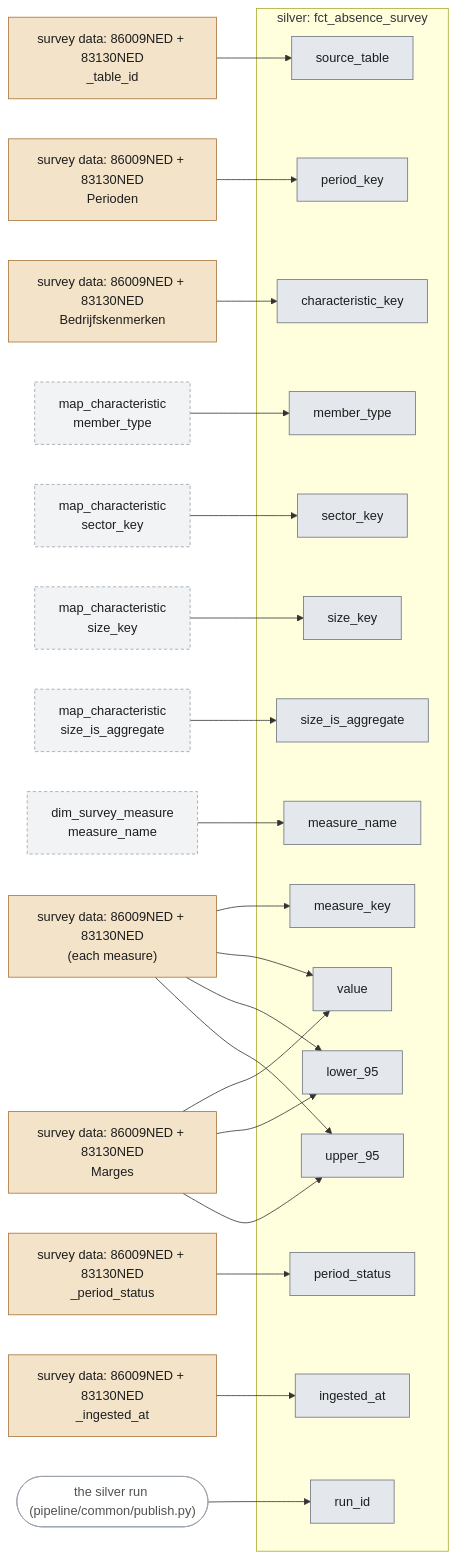
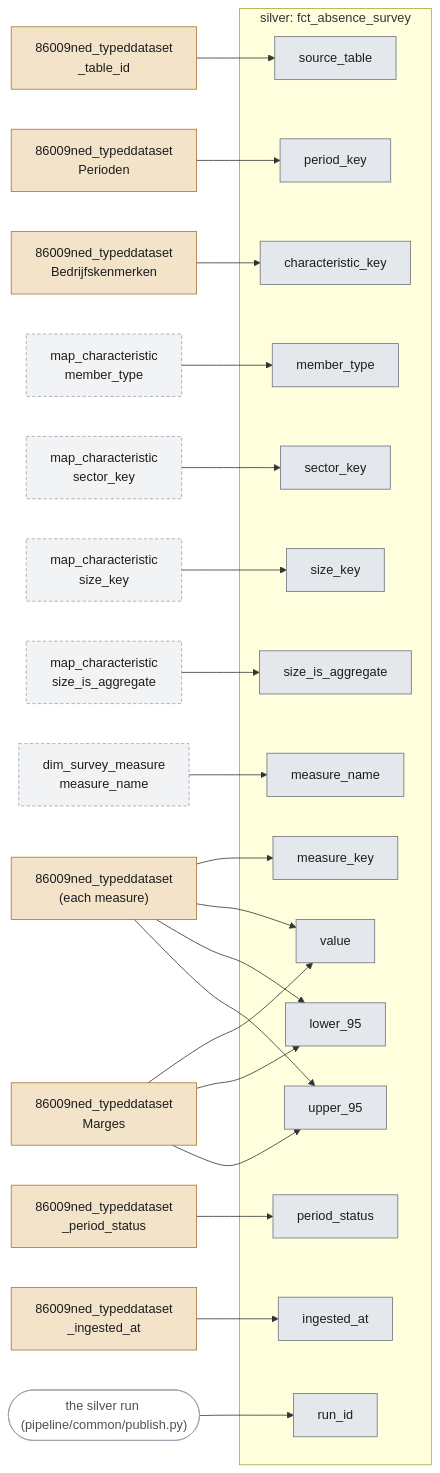
Before and after one commit to stefancodecommit/AOV_Lakehouse: the ninth of 18 diagrams in docs/lineage.md, drawn with Mermaid. The commit also changed other lines of this file and 20 other files, not shown here.

First line of the commit message:
Remove CBS 83130NED: the old absence survey reached no gold table

````diff
--- a/docs/lineage.md
+++ b/docs/lineage.md
@@ -493,56 +486,56 @@
 ```mermaid
 flowchart LR
-  n_src_83130ned_typeddataset_86009ned_typeddataset_Bedrijfskenmerken["survey data: 86009NED + 83130NED<br/>Bedrijfskenmerken"]:::bronze
-  n_src_83130ned_typeddataset_86009ned_typeddataset_Marges["survey data: 86009NED + 83130NED<br/>Marges"]:::bronze
-  n_src_83130ned_typeddataset_86009ned_typeddataset_Perioden["survey data: 86009NED + 83130NED<br/>Perioden"]:::bronze
-  n_src_83130ned_typeddataset_86009ned_typeddataset__ingested_at["survey data: 86009NED + 83130NED<br/>_ingested_at"]:::bronze
-  n_src_83130ned_typeddataset_86009ned_typeddataset__measure_["survey data: 86009NED + 83130NED<br/>(each measure)"]:::bronze
-  n_src_83130ned_typeddataset_86009ned_typeddataset__period_status["survey data: 86009NED + 83130NED<br/>_period_status"]:::bronze
-  n_src_83130ned_typeddataset_86009ned_typeddataset__table_id["survey data: 86009NED + 83130NED<br/>_table_id"]:::bronze
+  n_src_86009ned_typeddataset_Bedrijfskenmerken["86009ned_typeddataset<br/>Bedrijfskenmerken"]:::bronze
+  n_src_86009ned_typeddataset_Marges["86009ned_typeddataset<br/>Marges"]:::bronze
+  n_src_86009ned_typeddataset_Perioden["86009ned_typeddataset<br/>Perioden"]:::bronze
+  n_src_86009ned_typeddataset__ingested_at["86009ned_typeddataset<br/>_ingested_at"]:::bronze
+  n_src_86009ned_typeddataset__measure_["86009ned_typeddataset<br/>(each measure)"]:::bronze
+  n_src_86009ned_typeddataset__period_status["86009ned_typeddataset<br/>_period_status"]:::bronze
+  n_src_86009ned_typeddataset__table_id["86009ned_typeddataset<br/>_table_id"]:::bronze
   n_src_silver_dim_survey_measure_measure_name["dim_survey_measure<br/>measure_name"]:::silverref
   n_src_silver_map_characteristic_member_type["map_characteristic<br/>member_type"]:::silverref
   n_src_silver_map_characteristic_sector_key["map_characteristic<br/>sector_key"]:::silverref
   n_src_silver_map_characteristic_size_is_aggregate["map_characteristic<br/>size_is_aggregate"]:::silverref
   n_src_silver_map_characteristic_size_key["map_characteristic<br/>size_key"]:::silverref
   run(["the silver run (pipeline/common/publish.py)"]):::run
   subgraph n_tbl_fct_absence_survey["silver: fct_absence_survey"]
     n_col_source_table["source_table"]:::silver
     n_col_period_key["period_key"]:::silver
     n_col_characteristic_key["characteristic_key"]:::silver
     n_col_member_type["member_type"]:::silver
     n_col_sector_key["sector_key"]:::silver
     n_col_size_key["size_key"]:::silver
     n_col_size_is_aggregate["size_is_aggregate"]:::silver
     n_col_measure_key["measure_key"]:::silver
     n_col_measure_name["measure_name"]:::silver
     n_col_value["value"]:::silver
     n_col_lower_95["lower_95"]:::silver
     n_col_upper_95["upper_95"]:::silver
     n_col_period_status["period_status"]:::silver
     n_col_ingested_at["ingested_at"]:::silver
     n_col_run_id["run_id"]:::silver
   end
-  n_src_83130ned_typeddataset_86009ned_typeddataset__table_id --> n_col_source_table
-  n_src_83130ned_typeddataset_86009ned_typeddataset_Perioden --> n_col_period_key
-  n_src_83130ned_typeddataset_86009ned_typeddataset_Bedrijfskenmerken --> n_col_characteristic_key
+  n_src_86009ned_typeddataset__table_id --> n_col_source_table
+  n_src_86009ned_typeddataset_Perioden --> n_col_period_key
+  n_src_86009ned_typeddataset_Bedrijfskenmerken --> n_col_characteristic_key
   n_src_silver_map_characteristic_member_type --> n_col_member_type
   n_src_silver_map_characteristic_sector_key --> n_col_sector_key
   n_src_silver_map_characteristic_size_key --> n_col_size_key
   n_src_silver_map_characteristic_size_is_aggregate --> n_col_size_is_aggregate
-  n_src_83130ned_typeddataset_86009ned_typeddataset__measure_ --> n_col_measure_key
+  n_src_86009ned_typeddataset__measure_ --> n_col_measure_key
   n_src_silver_dim_survey_measure_measure_name --> n_col_measure_name
-  n_src_83130ned_typeddataset_86009ned_typeddataset__measure_ --> n_col_value
-  n_src_83130ned_typeddataset_86009ned_typeddataset_Marges --> n_col_value
-  n_src_83130ned_typeddataset_86009ned_typeddataset__measure_ --> n_col_lower_95
-  n_src_83130ned_typeddataset_86009ned_typeddataset_Marges --> n_col_lower_95
-  n_src_83130ned_typeddataset_86009ned_typeddataset__measure_ --> n_col_upper_95
-  n_src_83130ned_typeddataset_86009ned_typeddataset_Marges --> n_col_upper_95
-  n_src_83130ned_typeddataset_86009ned_typeddataset__period_status --> n_col_period_status
-  n_src_83130ned_typeddataset_86009ned_typeddataset__ingested_at --> n_col_ingested_at
+  n_src_86009ned_typeddataset__measure_ --> n_col_value
+  n_src_86009ned_typeddataset_Marges --> n_col_value
+  n_src_86009ned_typeddataset__measure_ --> n_col_lower_95
+  n_src_86009ned_typeddataset_Marges --> n_col_lower_95
+  n_src_86009ned_typeddataset__measure_ --> n_col_upper_95
+  n_src_86009ned_typeddataset_Marges --> n_col_upper_95
+  n_src_86009ned_typeddataset__period_status --> n_col_period_status
+  n_src_86009ned_typeddataset__ingested_at --> n_col_ingested_at
   run --> n_col_run_id
   classDef bronze fill:#f3e3c9,stroke:#a8743a,color:#1d1d1d
   classDef silver fill:#e4e7ec,stroke:#6b7480,color:#1d1d1d
   classDef gold fill:#f6ecb8,stroke:#9c7f12,color:#1d1d1d
   classDef silverref fill:#f2f3f5,stroke:#9aa1ab,stroke-dasharray:4 3,color:#1d1d1d
   classDef run fill:#ffffff,stroke:#9aa1ab,color:#52514e
 ```
````
